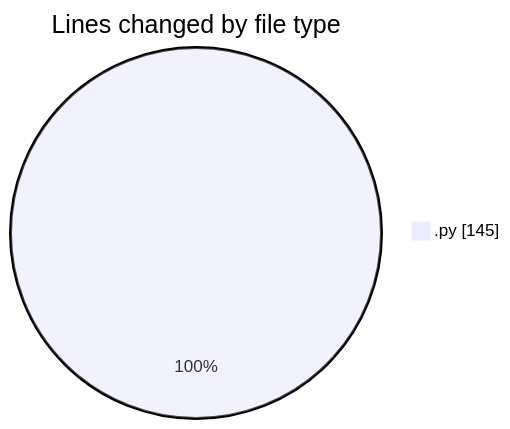
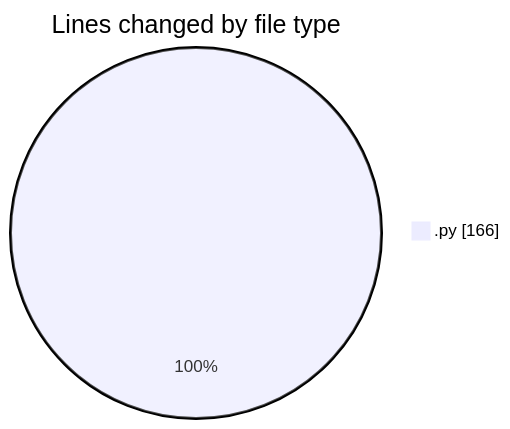
Before and after one commit to MatusMokan/code-tracking: the first of 2 diagrams in 2025-04-20/myws__workspace_/README.md, drawn with Mermaid. The commit also changed other lines of this file and 1 other file, not shown here.

````diff
--- a/2025-04-20/myws__workspace_/README.md
+++ b/2025-04-20/myws__workspace_/README.md
@@ -21,5 +21,5 @@
 ```mermaid
 pie showData
 title Lines changed by file type
-".py" : 145
+".py" : 166
 ```
````
